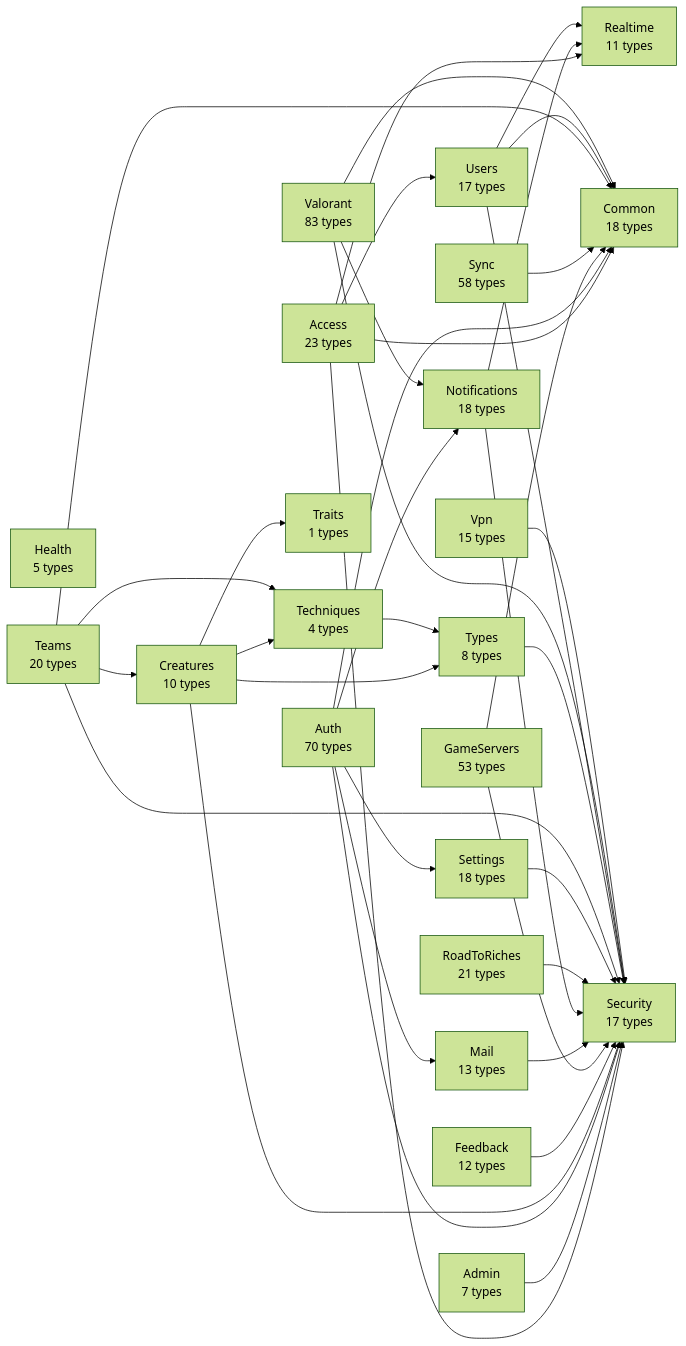
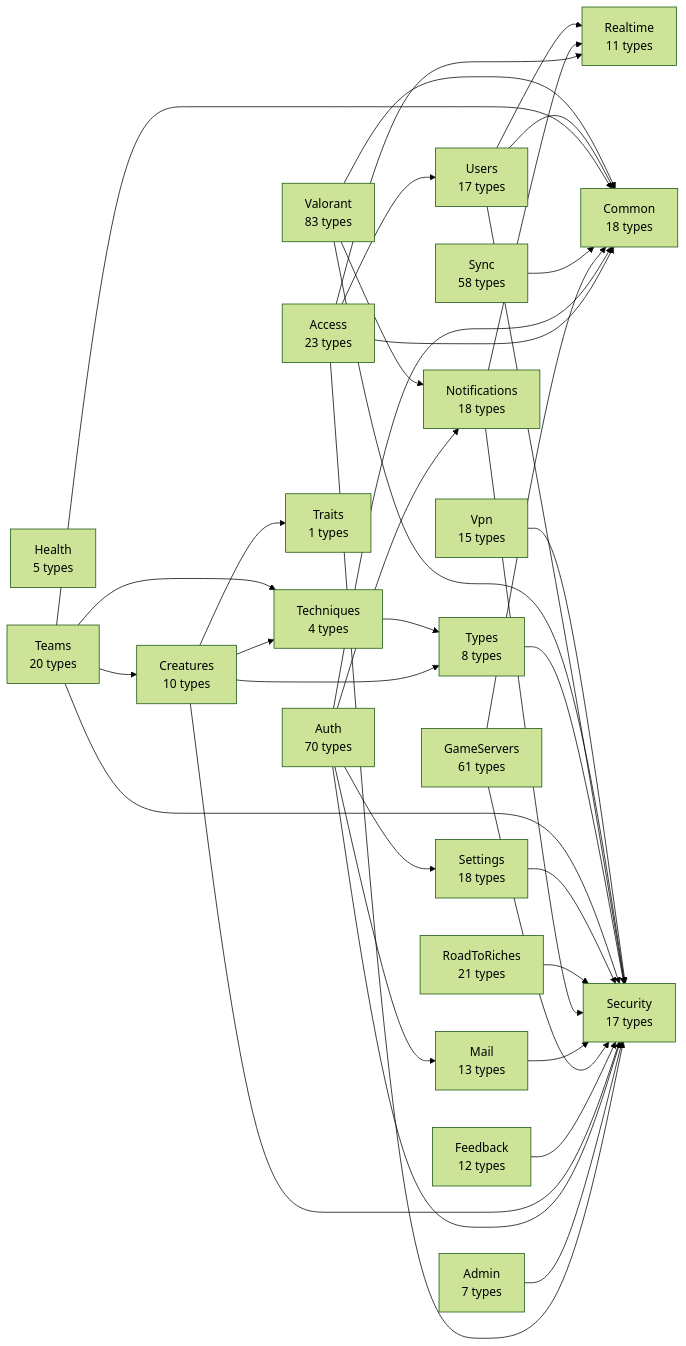
One commit to huiitre/Tools-app changed the diagram in api/docs/diagrams/00-modules.md. Above: the diagram before and after it, drawn with Mermaid (forest theme). The commit also changed 37 other files, not shown here.

````diff
--- a/api/docs/diagrams/00-modules.md
+++ b/api/docs/diagrams/00-modules.md
@@ -5,61 +5,61 @@
 ```mermaid
 flowchart LR
   Access["Access<br/>23 types"]
   Admin["Admin<br/>7 types"]
   Auth["Auth<br/>70 types"]
   Common["Common<br/>18 types"]
   Creatures["Creatures<br/>10 types"]
   Feedback["Feedback<br/>12 types"]
-  GameServers["GameServers<br/>53 types"]
+  GameServers["GameServers<br/>61 types"]
   Health["Health<br/>5 types"]
   Mail["Mail<br/>13 types"]
   Notifications["Notifications<br/>18 types"]
   Realtime["Realtime<br/>11 types"]
   RoadToRiches["RoadToRiches<br/>21 types"]
   Security["Security<br/>17 types"]
   Settings["Settings<br/>18 types"]
   Sync["Sync<br/>58 types"]
   Teams["Teams<br/>20 types"]
   Techniques["Techniques<br/>4 types"]
   Traits["Traits<br/>1 types"]
   Types["Types<br/>8 types"]
   Users["Users<br/>17 types"]
   Valorant["Valorant<br/>83 types"]
   Vpn["Vpn<br/>15 types"]
   Access --> Common
   Access --> Realtime
   Access --> Security
   Access --> Users
   Admin --> Security
   Auth --> Common
   Auth --> Mail
   Auth --> Notifications
   Auth --> Security
   Auth --> Settings
   Creatures --> Security
   Creatures --> Techniques
   Creatures --> Traits
   Creatures --> Types
   Feedback --> Security
   GameServers --> Common
   GameServers --> Security
   Mail --> Security
   Notifications --> Realtime
   Notifications --> Security
   RoadToRiches --> Security
   Settings --> Security
   Sync --> Common
   Teams --> Common
   Teams --> Creatures
   Teams --> Security
   Teams --> Techniques
   Techniques --> Types
   Types --> Security
   Users --> Common
   Users --> Realtime
   Users --> Security
   Valorant --> Common
   Valorant --> Notifications
   Valorant --> Security
   Vpn --> Security
 ```
````
